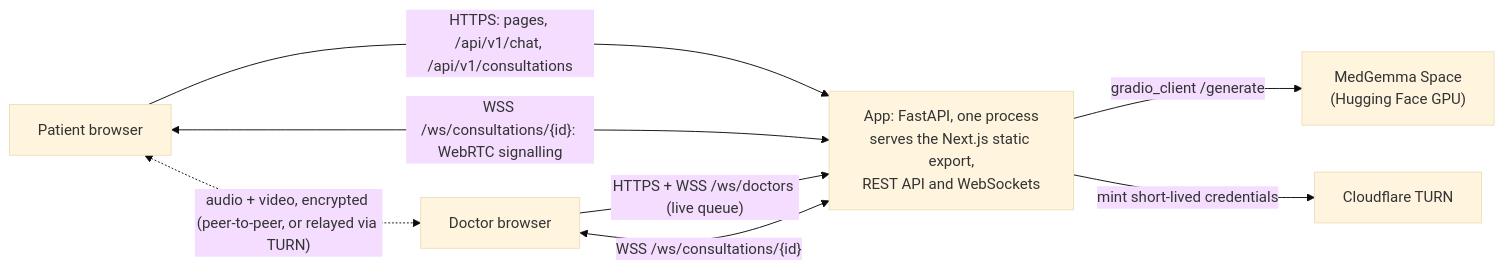
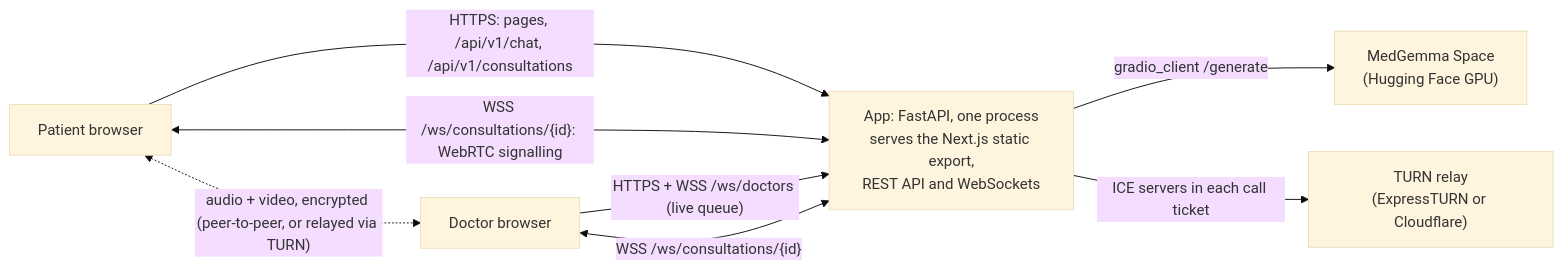
The diagram in docs/architecture.md (POOKIEE-DEVS/SwasthyaSetu), drawn with Mermaid (base theme) before and after one commit. The commit also changed 5 other files, not shown here.

First line of the commit message:
Document free ExpressTURN as the default TURN relay

````diff
--- a/docs/architecture.md
+++ b/docs/architecture.md
@@ -3,10 +3,10 @@
 ```mermaid
 flowchart LR
     P["Patient browser"] -- "HTTPS: pages, /api/v1/chat, /api/v1/consultations" --> A
     D["Doctor browser"] -- "HTTPS + WSS /ws/doctors (live queue)" --> A
     P <-- "WSS /ws/consultations/{id}: WebRTC signalling" --> A
     D <-- "WSS /ws/consultations/{id}" --> A
     A["App: FastAPI, one process<br/>serves the Next.js static export,<br/>REST API and WebSockets"] -- "gradio_client /generate" --> M["MedGemma Space<br/>(Hugging Face GPU)"]
-    A -- "mint short-lived credentials" --> T["Cloudflare TURN"]
+    A -- "ICE servers in each call ticket" --> T["TURN relay<br/>(ExpressTURN or Cloudflare)"]
     P <-. "audio + video, encrypted (peer-to-peer, or relayed via TURN)" .-> D
 ```
````
